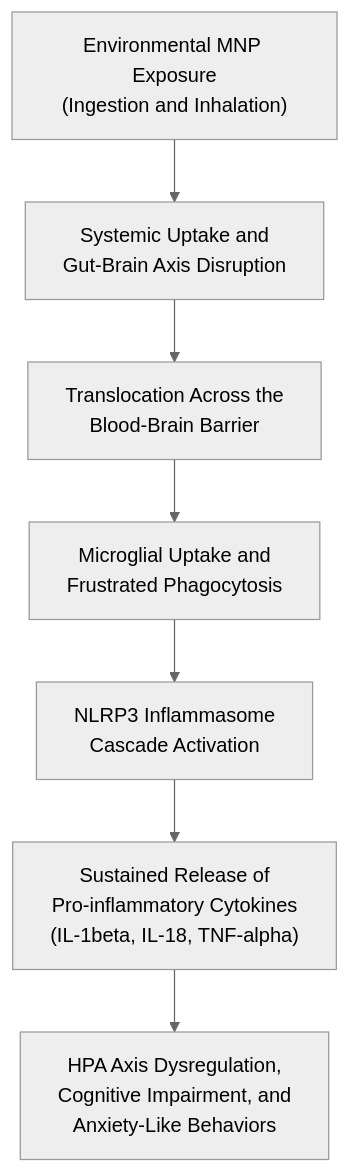
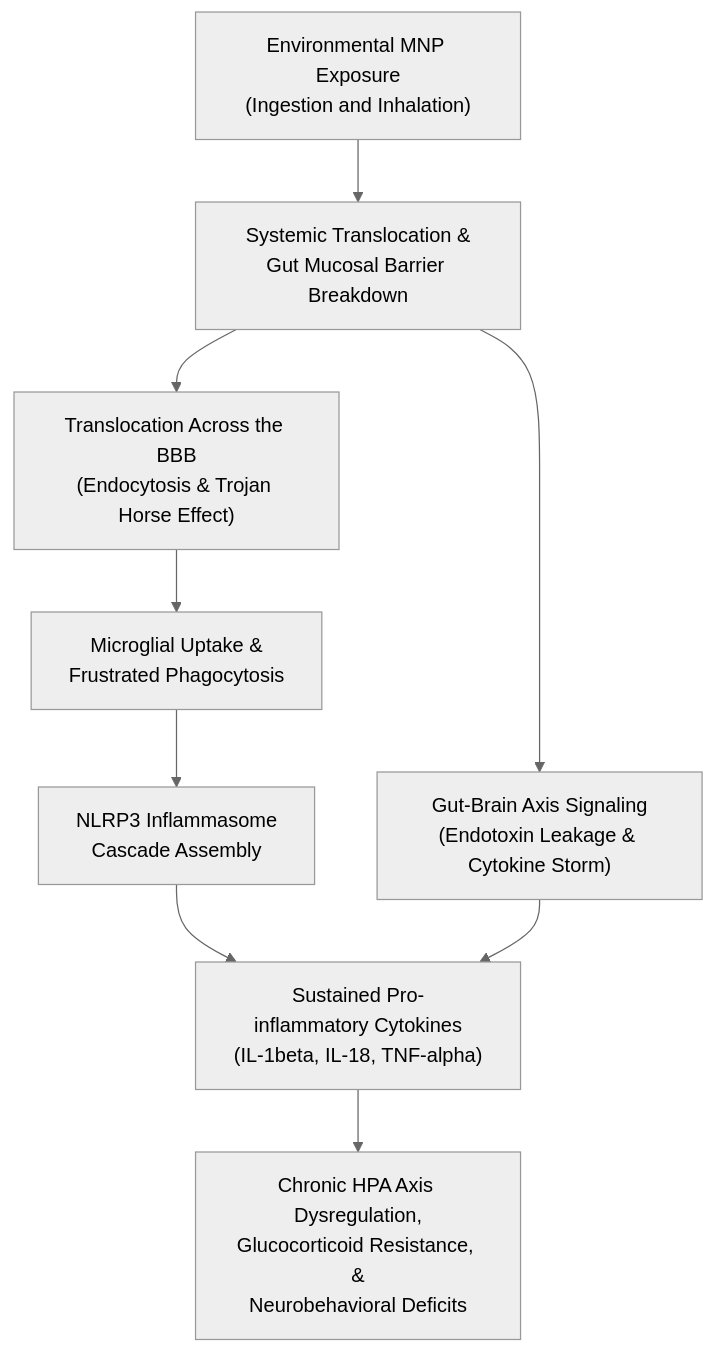
The first of 2 diagrams in README.md (ht2905/microplastic-neurotoxicity-paper), drawn with Mermaid (neutral theme) before and after one commit. The commit also changed other lines of this file, not shown here.

````diff
--- a/README.md
+++ b/README.md
@@ -43,9 +46,11 @@
 ```mermaid
 flowchart TD
-    Exposure["Environmental MNP Exposure\n(Ingestion and Inhalation)"] --> Entry["Systemic Uptake and\nGut-Brain Axis Disruption"]
-    Entry --> BBB["Translocation Across the\nBlood-Brain Barrier"]
-    BBB --> Microglia["Microglial Uptake and\nFrustrated Phagocytosis"]
-    Microglia --> NLRP3["NLRP3 Inflammasome\nCascade Activation"]
-    NLRP3 --> Cytokines["Sustained Release of\nPro-inflammatory Cytokines\n(IL-1beta, IL-18, TNF-alpha)"]
-    Cytokines --> Pathology["HPA Axis Dysregulation,\nCognitive Impairment, and\nAnxiety-Like Behaviors"]
+    Exposure["Environmental MNP Exposure\n(Ingestion and Inhalation)"] --> Uptake["Systemic Translocation &\nGut Mucosal Barrier Breakdown"]
+    Uptake --> GBA["Gut-Brain Axis Signaling\n(Endotoxin Leakage & Cytokine Storm)"]
+    Uptake --> BBB["Translocation Across the BBB\n(Endocytosis & Trojan Horse Effect)"]
+    BBB --> Microglia["Microglial Uptake &\nFrustrated Phagocytosis"]
+    Microglia --> NLRP3["NLRP3 Inflammasome\nCascade Assembly"]
+    NLRP3 --> Cytokines["Sustained Pro-inflammatory Cytokines\n(IL-1beta, IL-18, TNF-alpha)"]
+    GBA --> Cytokines
+    Cytokines --> Pathology["Chronic HPA Axis Dysregulation,\nGlucocorticoid Resistance, &\nNeurobehavioral Deficits"]
 ```
````
